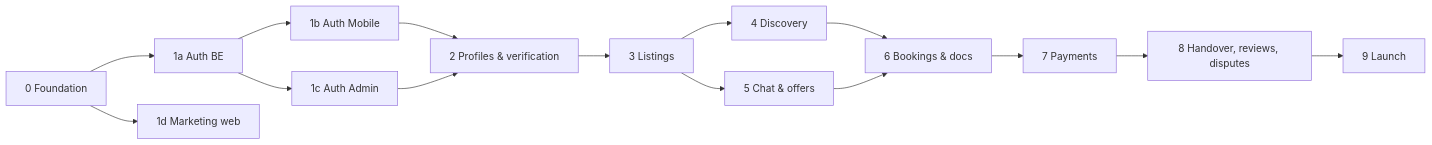
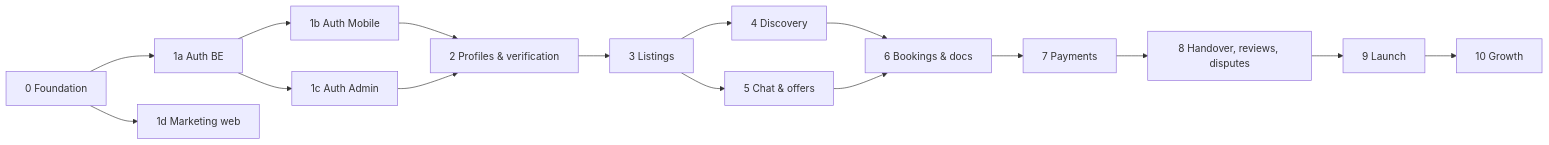
One commit to Jitesh60/nivra changed the diagram in docs/PHASES.md. Above: the diagram before and after it, drawn with Mermaid. The commit also changed other lines of this file and 71 other files, not shown here.

````diff
--- a/docs/PHASES.md
+++ b/docs/PHASES.md
@@ -34,17 +37,18 @@
 ```mermaid
 flowchart LR
   P0[0 Foundation] --> P1a[1a Auth BE]
   P1a --> P1b[1b Auth Mobile]
   P1a --> P1c[1c Auth Admin]
   P0 --> P1d[1d Marketing web]
   P1b --> P2[2 Profiles & verification]
   P1c --> P2
   P2 --> P3[3 Listings]
   P3 --> P4[4 Discovery]
   P3 --> P5[5 Chat & offers]
   P4 --> P6[6 Bookings & docs]
   P5 --> P6
   P6 --> P7[7 Payments]
   P7 --> P8[8 Handover, reviews, disputes]
   P8 --> P9[9 Launch]
+  P9 --> P10[10 Growth]
 ```
````
